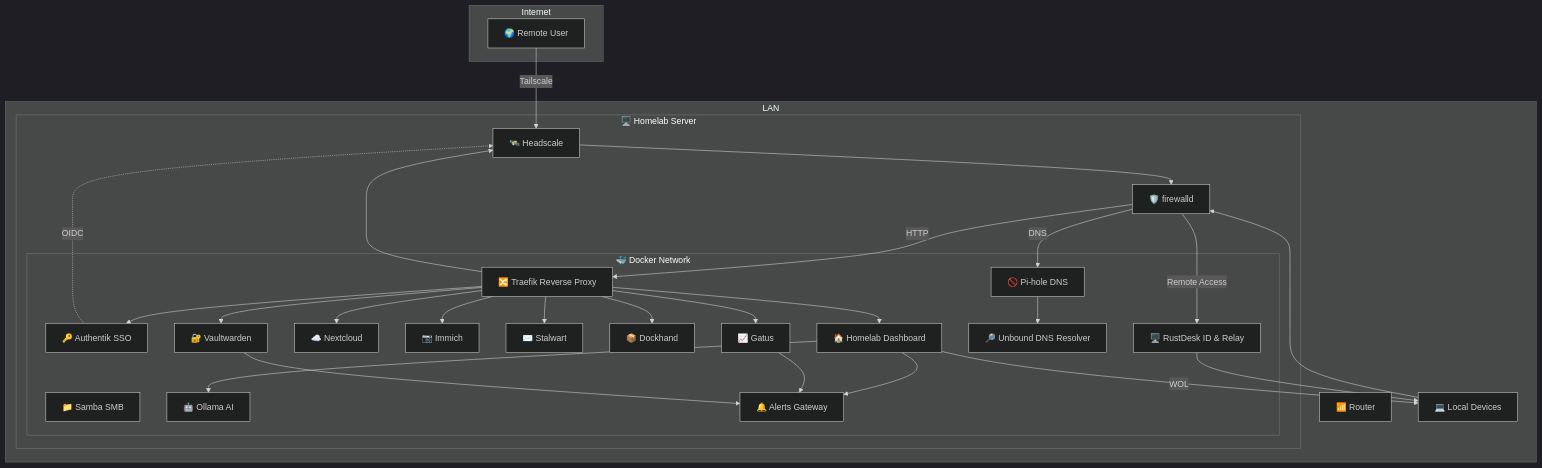
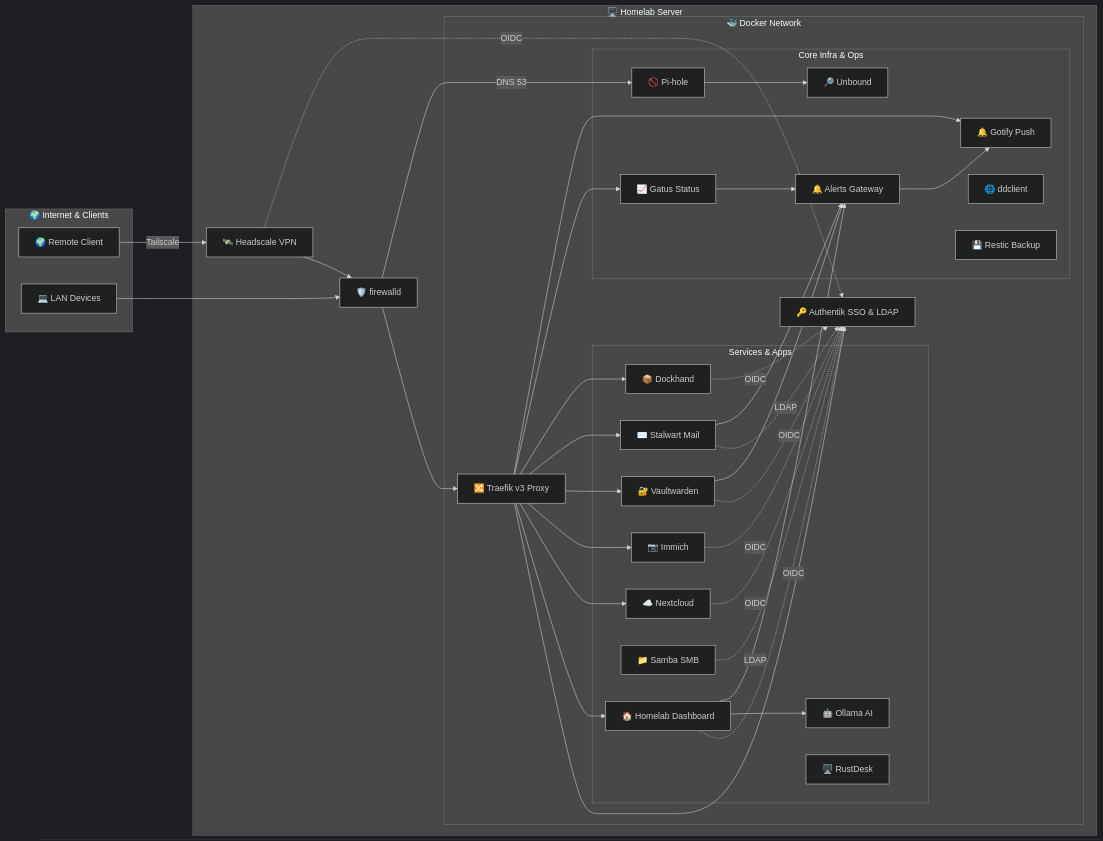
Before and after one commit to satsinush/homelab: the diagram in README.md, drawn with Mermaid. The commit also changed other lines of this file and 37 other files, not shown here.

````diff
--- a/README.md
+++ b/README.md
@@ -53,72 +56,59 @@
 ```mermaid
 %%{init: {
     "theme": "dark"
 }}%%
-graph TD
-    %% INTERNET
-    subgraph Internet
-        RemoteClient[🌍 Remote User]
+flowchart LR
+    subgraph External["🌍 Internet & Clients"]
+        Remote["🌍 Remote Client"]
+        Local["💻 LAN Devices"]
     end
 
-    %% LAN
-    subgraph LAN
-        Router[📶 Router]
-        LocalClient[💻 Local Devices]
+    subgraph Host["🖥️ Homelab Server"]
+        Headscale["🛰️ Headscale VPN"]
+        Firewall["🛡️ firewalld"]
 
-        subgraph Server[🖥️ Homelab Server]
-            Headscale[🛰️ Headscale]
-            Firewall[🛡️ firewalld]
+        subgraph Network["🐳 Docker Network"]
+            Traefik["🔀 Traefik v3 Proxy"]
+            Authentik["🔑 Authentik SSO & LDAP"]
+            
+            subgraph Apps["Services & Apps"]
+                Dashboard["🏠 Homelab Dashboard"]
+                Nextcloud["☁️ Nextcloud"]
+                Immich["📷 Immich"]
+                Vaultwarden["🔐 Vaultwarden"]
+                Stalwart["✉️ Stalwart Mail"]
+                Samba["📁 Samba SMB"]
+                Dockhand["📦 Dockhand"]
+                Ollama["🤖 Ollama AI"]
+                Rustdesk["🖥️ RustDesk"]
+            end
 
-            subgraph Docker[🐳 Docker Network]
-                Traefik[🔀 Traefik Reverse Proxy]
-                Authentik[🔑 Authentik SSO]
-                Vaultwarden[🔐 Vaultwarden]
-                Samba[📁 Samba SMB]
-                Nextcloud[☁️ Nextcloud]
-                Immich[📷 Immich]
-                Stalwart[✉️ Stalwart]
-                Dockhand[📦 Dockhand]
-                Dashboard[🏠 Homelab Dashboard]
-                Ollama[🤖 Ollama AI]
-                Gatus[📈 Gatus]
-                Alerts[🔔 Alerts Gateway]
-                Pihole[🚫 Pi-hole DNS]
-                Unbound[🔎 Unbound DNS Resolver]
-                Rustdesk[🖥️ RustDesk ID & Relay]
+            subgraph Infra["Core Infra & Ops"]
+                Pihole["🚫 Pi-hole"]
+                Unbound["🔎 Unbound"]
+                Gatus["📈 Gatus Status"]
+                Alerts["🔔 Alerts Gateway"]
+                Gotify["🔔 Gotify Push"]
+                DDNS["🌐 ddclient"]
+                Restic["💾 Restic Backup"]
             end
         end
     end
 
-    %% Entry chain
-    RemoteClient -->|Tailscale| Headscale --> Firewall
-    LocalClient --> Firewall
+    %% Routing Connections
+    Remote -->|Tailscale| Headscale --> Firewall
+    Local --> Firewall
+    Firewall --> Traefik
+    Firewall -->|DNS 53| Pihole --> Unbound
 
-    %% DNS chain
-    Pihole --> Unbound
-    Firewall -->|DNS| Pihole
+    %% Proxy Connections
+    Traefik --> Authentik & Dashboard & Nextcloud & Immich & Vaultwarden & Stalwart & Dockhand & Gatus & Gotify
 
-    %% Firewall routes
-    Firewall -->|HTTP| Traefik
-    Firewall -->|Remote Access| Rustdesk --> LocalClient
+    %% Auth & App Connections
+    Dashboard & Nextcloud & Immich & Vaultwarden & Dockhand & Headscale -.->|OIDC| Authentik
+    Stalwart & Samba -.->|LDAP| Authentik
+    Dashboard --> Ollama
 
-    %% Proxy/Auth flows
-    Traefik --> Authentik
-    Traefik --> Vaultwarden
-    Traefik --> Nextcloud
-    Traefik --> Immich
-    Traefik --> Stalwart
-    Traefik --> Dockhand
-    Traefik --> Dashboard
-    Traefik --> Gatus
-    Traefik --> Headscale
-    Authentik -.->|OIDC| Headscale
-
-    %% Dashboard flows
-    Dashboard --> Ollama
-    Dashboard -->|WOL| LocalClient
-    Dashboard --> Alerts
-
-    %% Notifications
-    Gatus --> Alerts
-    Vaultwarden --> Alerts
+    %% Alert Flows
+    Gatus & Vaultwarden & Stalwart & Dashboard --> Alerts --> Gotify
 ```
````
